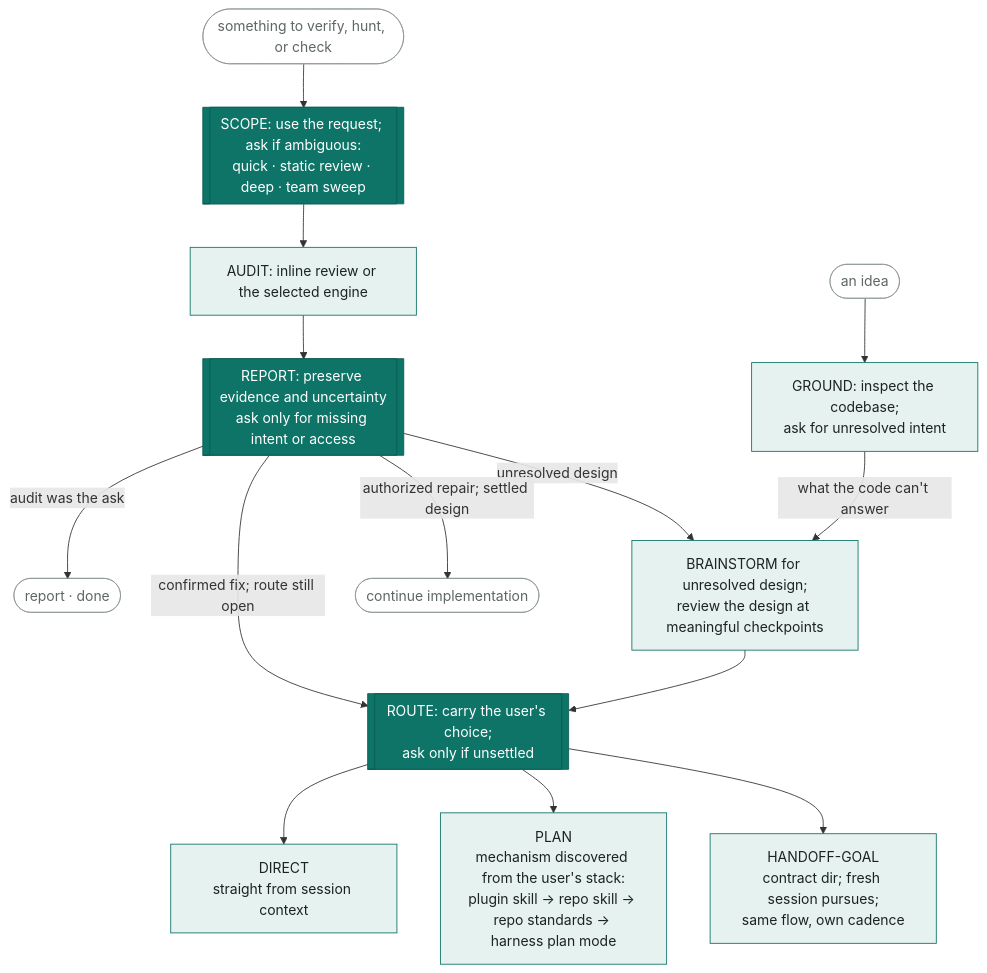
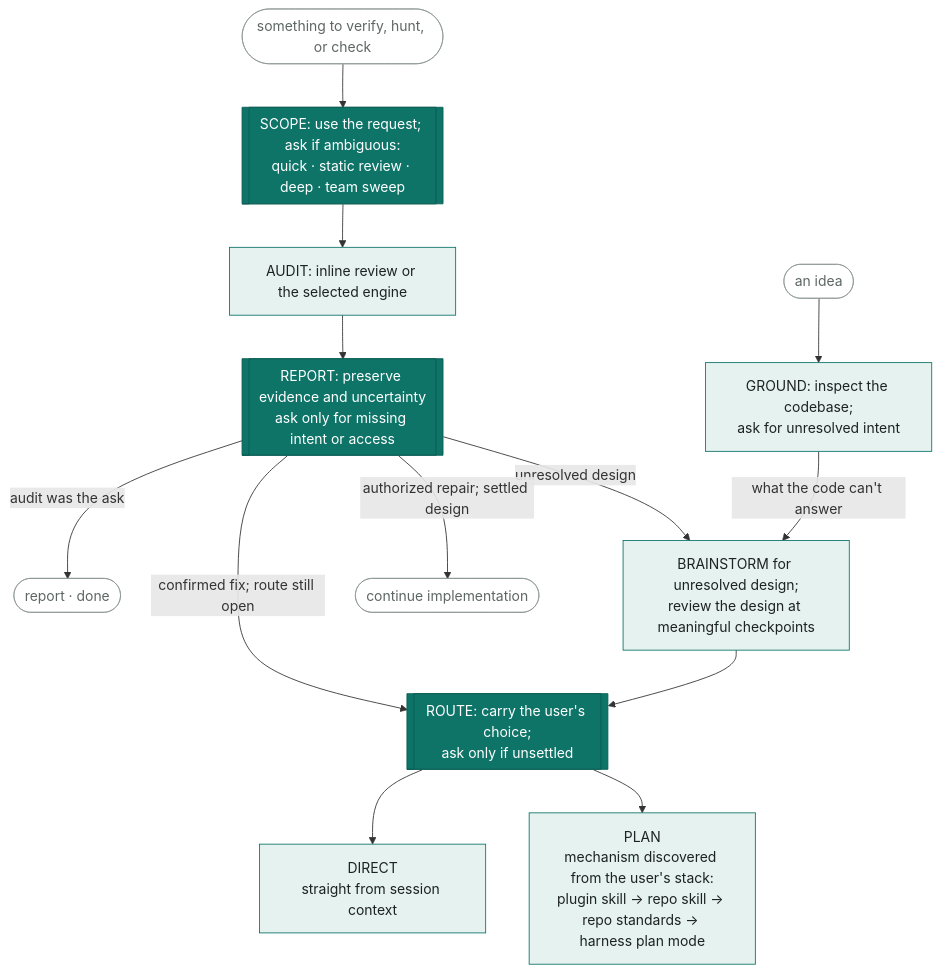
One commit to giostriquer/workshop changed the first of 2 diagrams in docs/workbench-flow.md. Above: the diagram before and after it, drawn with Mermaid. The commit also changed 51 other files, not shown here.

````diff
--- a/docs/workbench-flow.md
+++ b/docs/workbench-flow.md
@@ -15,23 +15,22 @@
 ```mermaid
 flowchart TD
     classDef gate fill:#0e7468,stroke:#0a5c52,color:#ffffff
     classDef stage fill:#e6f2f0,stroke:#0e7468,color:#1d2321
     classDef term fill:none,stroke:#8a948f,color:#5d6763
 
     A0([something to verify, hunt, or check]):::term --> A1
     A1[["SCOPE: use the request; ask if ambiguous:<br/>quick · static review · deep · team sweep"]]:::gate
     A1 --> A2["AUDIT: inline review or the selected engine"]:::stage
     A2 --> A3[["REPORT: preserve evidence and uncertainty<br/>ask only for missing intent or access"]]:::gate
     A3 -->|audit was the ask| A4([report · done]):::term
     A3 -->|"unresolved design"| B2
     A3 -->|"authorized repair; settled design"| I0([continue implementation]):::term
     A3 -->|"confirmed fix; route still open"| RG
 
     B0([an idea]):::term --> B1["GROUND: inspect the codebase;<br/>ask for unresolved intent"]:::stage
     B1 -->|what the code can't answer| B2["BRAINSTORM for unresolved design;<br/>review the design at meaningful checkpoints"]:::stage
     B2 --> RG[["ROUTE: carry the user's choice;<br/>ask only if unsettled"]]:::gate
 
     RG --> R1["DIRECT<br/>straight from session context"]:::stage
     RG --> R2["PLAN<br/>mechanism discovered from the user's stack:<br/>plugin skill → repo skill → repo standards → harness plan mode"]:::stage
-    RG --> R3["HANDOFF-GOAL<br/>contract dir; fresh session pursues;<br/>same flow, own cadence"]:::stage
 ```
````
